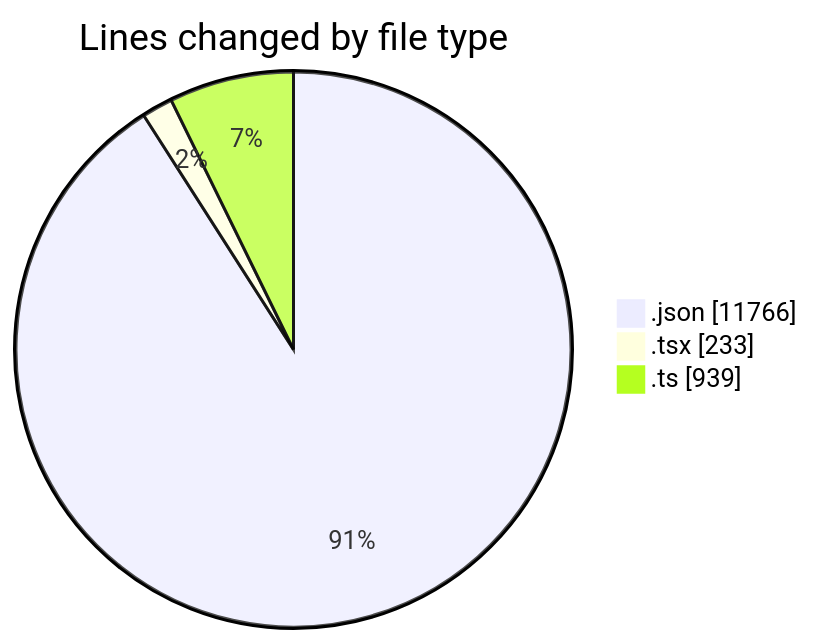
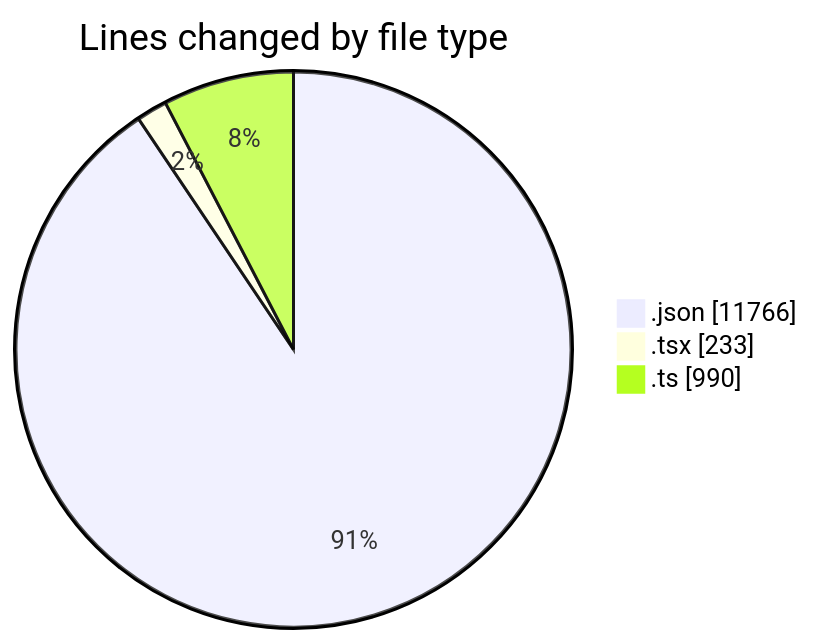
Before and after one commit to nxtqubesakshisongat/code-tracking: the first of 2 diagrams in 2026-04-16/airfeed-analytics-dashboard/README.md, drawn with Mermaid. The commit also changed other lines of this file and 1 other file, not shown here.

````diff
--- a/2026-04-16/airfeed-analytics-dashboard/README.md
+++ b/2026-04-16/airfeed-analytics-dashboard/README.md
@@ -25,7 +25,7 @@
 ```mermaid
 pie showData
 title Lines changed by file type
 ".json" : 11766
 ".tsx" : 233
-".ts" : 939
+".ts" : 990
 ```
````
